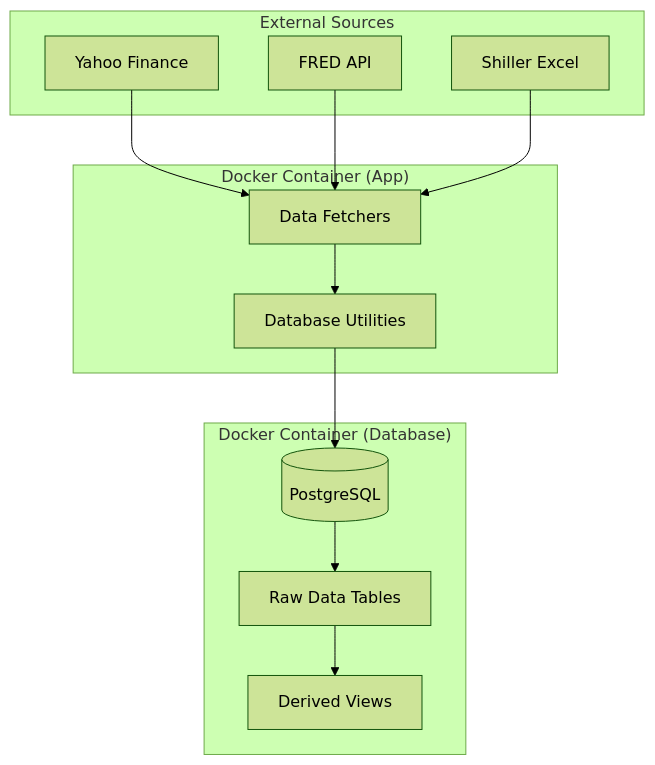
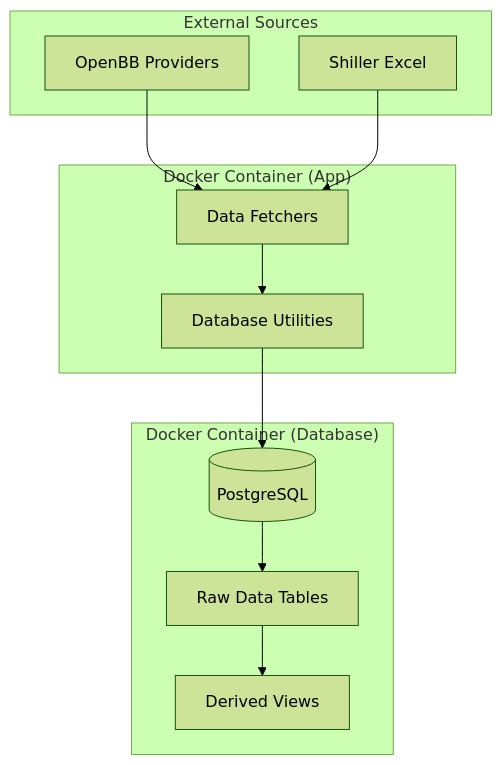
The diagram in doc/architecture.md (HagbardCel/financial_db), drawn with Mermaid (forest theme) before and after one commit. The commit also changed other lines of this file and 19 other files, not shown here.

````diff
--- a/doc/architecture.md
+++ b/doc/architecture.md
@@ -11,27 +11,25 @@
 ```mermaid
 graph TD
     subgraph External Sources
-        YF[Yahoo Finance]
-        FRED[FRED API]
+        OpenBB[OpenBB Providers]
         Shiller[Shiller Excel]
     end
 
     subgraph "Docker Container (App)"
         Fetcher[Data Fetchers]
         DBUtils[Database Utilities]
     end
 
     subgraph "Docker Container (Database)"
         Postgres[(PostgreSQL)]
         RawTables[Raw Data Tables]
         DerivedViews[Derived Views]
     end
 
-    YF --> Fetcher
-    FRED --> Fetcher
+    OpenBB --> Fetcher
     Shiller --> Fetcher
     Fetcher --> DBUtils
     DBUtils --> Postgres
     Postgres --> RawTables
     RawTables --> DerivedViews
 ```
````
